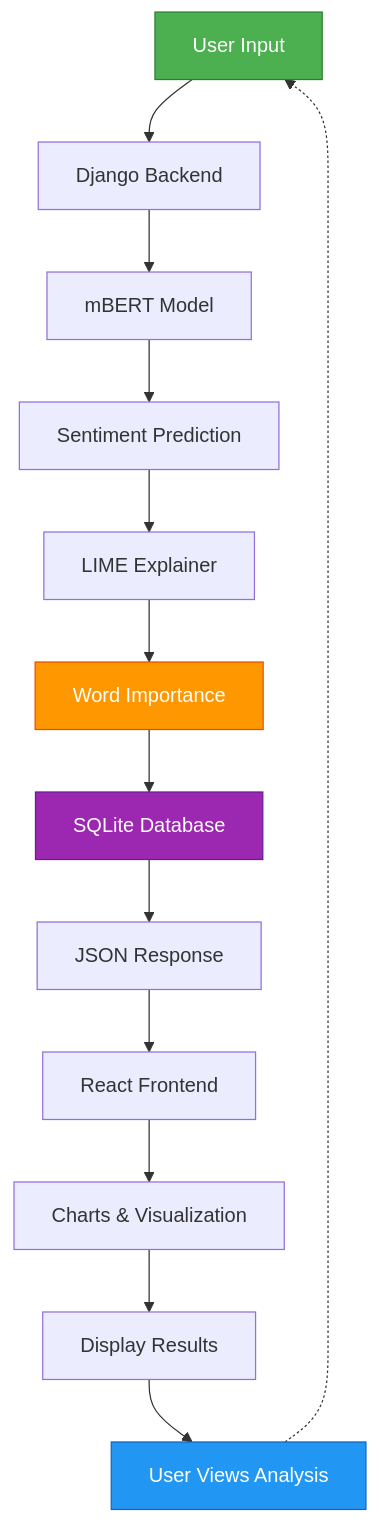
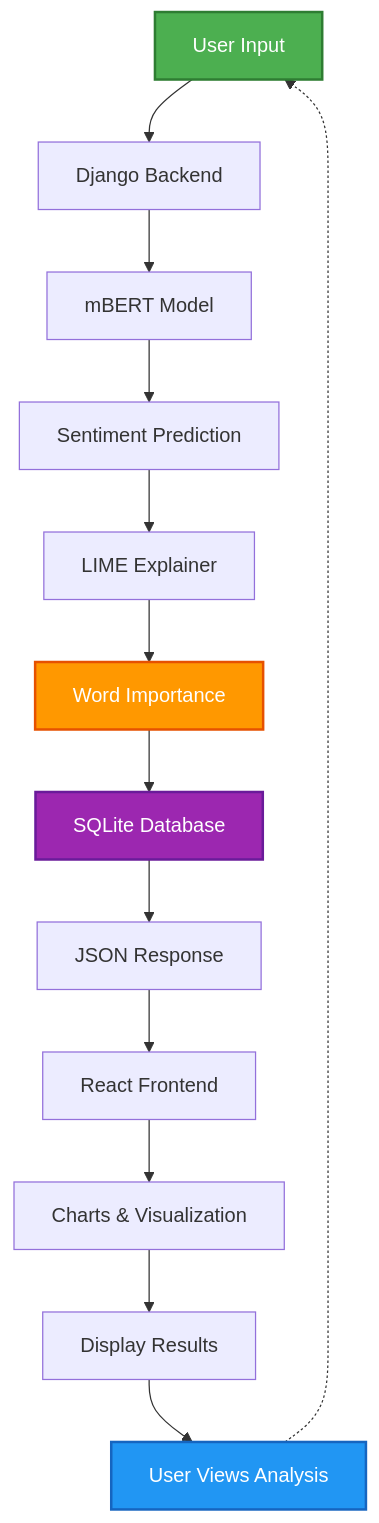
One commit to alphapie77/BanglaMovieReviewer changed the second of 2 diagrams in README.md. Above: the diagram before and after it, drawn with Mermaid.

Commit message:
Enhance How It Works diagram with thicker borders

````diff
--- a/README.md
+++ b/README.md
@@ -221,20 +221,20 @@
 ```mermaid
 graph TD
     A[User Input] --> B[Django Backend]
     B --> C[mBERT Model]
     C --> D[Sentiment Prediction]
     D --> E[LIME Explainer]
     E --> F[Word Importance]
     F --> G[SQLite Database]
     G --> H[JSON Response]
     H --> I[React Frontend]
     I --> J[Charts & Visualization]
     J --> K[Display Results]
     K --> L[User Views Analysis]
     L -.-> A
     
-    style A fill:#4CAF50,stroke:#2E7D32,color:#fff
-    style L fill:#2196F3,stroke:#1565C0,color:#fff
-    style F fill:#FF9800,stroke:#E65100,color:#fff
-    style G fill:#9C27B0,stroke:#6A1B9A,color:#fff
+    style A fill:#4CAF50,stroke:#2E7D32,stroke-width:2px,color:#fff
+    style L fill:#2196F3,stroke:#1565C0,stroke-width:2px,color:#fff
+    style F fill:#FF9800,stroke:#E65100,stroke-width:2px,color:#fff
+    style G fill:#9C27B0,stroke:#6A1B9A,stroke-width:2px,color:#fff
 ```
````
